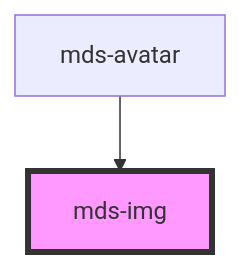
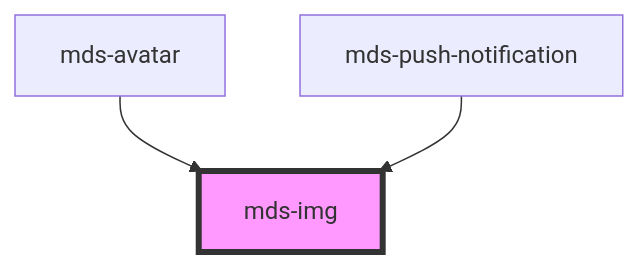
The diagram in projects/stencil/src/components/mds-img/readme.md (magma-design-system/magma), drawn with Mermaid before and after one commit. The commit also changed other lines of this file and 1 other file, not shown here.

````diff
--- a/projects/stencil/src/components/mds-img/readme.md
+++ b/projects/stencil/src/components/mds-img/readme.md
@@ -48,5 +49,6 @@
 ```mermaid
 graph TD;
   mds-avatar --> mds-img
+  mds-push-notification --> mds-img
   style mds-img fill:#f9f,stroke:#333,stroke-width:4px
 ```
````
